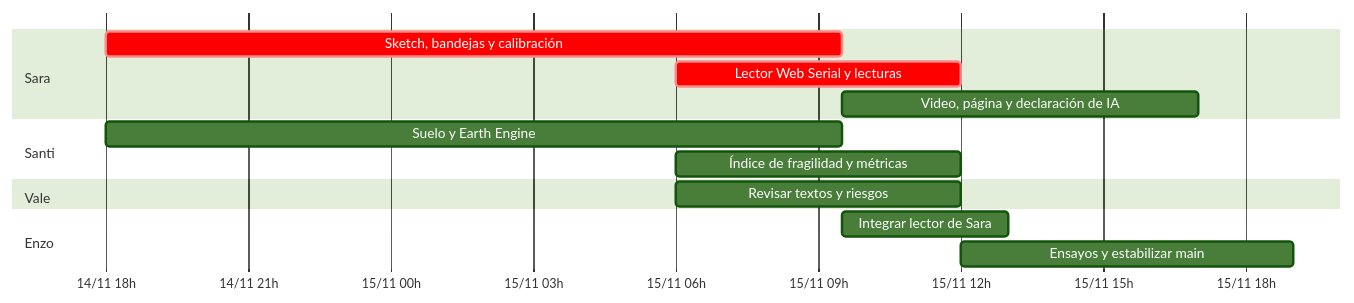
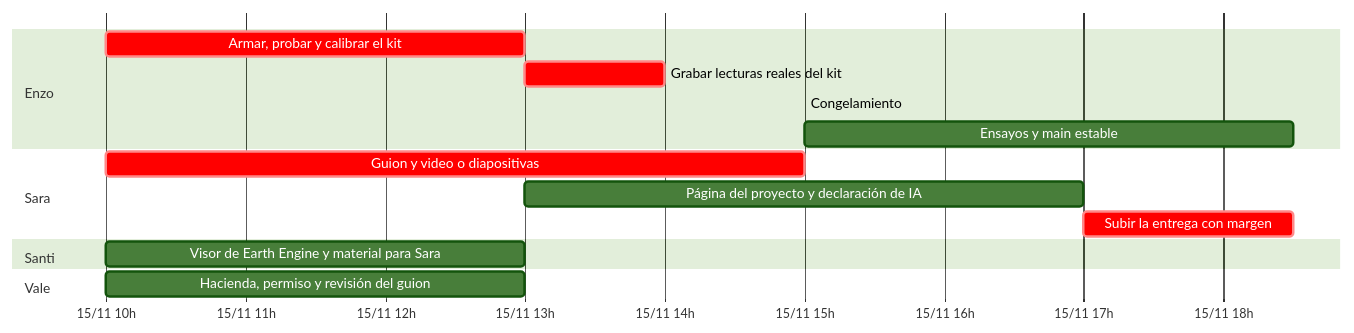
The diagram in docs/estado-del-proyecto.md (enzopazzelli/BioSat), drawn with Mermaid (forest theme) before and after one commit. The commit also changed other lines of this file and 3 other files, not shown here.

First line of the commit message:
Estado del proyecto al domingo 10:00: app en main, datos reales, kit y huecos de datos

````diff
--- a/docs/estado-del-proyecto.md
+++ b/docs/estado-del-proyecto.md
@@ -86,17 +104,18 @@
 ```mermaid
 gantt
     dateFormat  YYYY-MM-DD HH:mm
     axisFormat  %d/%m %Hh
+    section Enzo
+    Armar, probar y calibrar el kit         :crit, 2026-11-15 10:00, 2026-11-15 13:00
+    Grabar lecturas reales del kit          :crit, 2026-11-15 13:00, 2026-11-15 14:00
+    Congelamiento: último merge             :milestone, 2026-11-15 15:00, 0m
+    Ensayos y main estable                  :2026-11-15 15:00, 2026-11-15 18:30
     section Sara
-    Sketch, bandejas y calibración     :crit, 2026-11-14 18:00, 2026-11-15 09:30
-    Lector Web Serial y lecturas       :crit, 2026-11-15 06:00, 2026-11-15 12:00
-    Video, página y declaración de IA  :2026-11-15 09:30, 2026-11-15 17:00
+    Guion y video o diapositivas            :crit, 2026-11-15 10:00, 2026-11-15 15:00
+    Página del proyecto y declaración de IA :2026-11-15 13:00, 2026-11-15 17:00
+    Subir la entrega con margen             :crit, 2026-11-15 17:00, 2026-11-15 18:30
     section Santi
-    Suelo y Earth Engine               :2026-11-14 18:00, 2026-11-15 09:30
-    Índice de fragilidad y métricas    :2026-11-15 06:00, 2026-11-15 12:00
+    Visor de Earth Engine y material para Sara :2026-11-15 10:00, 2026-11-15 13:00
     section Vale
-    Revisar textos y riesgos           :2026-11-15 06:00, 2026-11-15 12:00
-    section Enzo
-    Integrar lector de Sara            :2026-11-15 09:30, 2026-11-15 13:00
-    Ensayos y estabilizar main         :2026-11-15 12:00, 2026-11-15 19:00
+    Hacienda, permiso y revisión del guion  :2026-11-15 10:00, 2026-11-15 13:00
 ```
````
